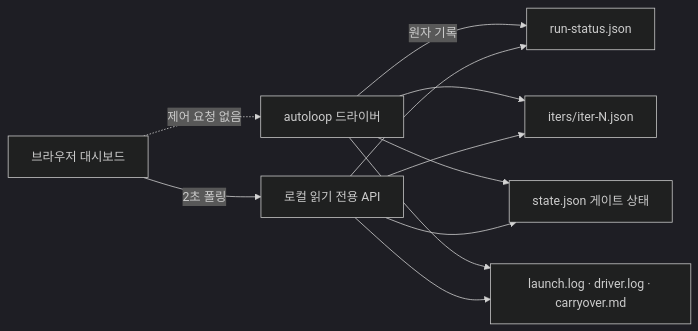
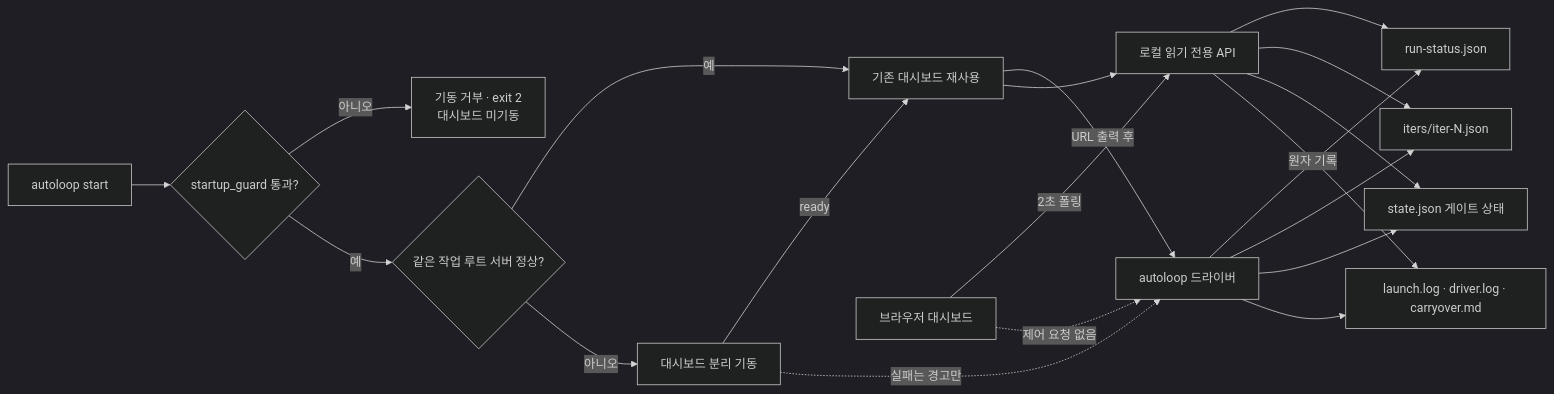
One commit to nohdol97/nohdol-harness changed the diagram in docs/specs/2026-08-19-autoloop-dashboard.md. Above: the diagram before and after it, drawn with Mermaid (dark theme). The commit also changed other lines of this file and 13 other files, not shown here.

First line of the commit message:
feat(harness): autoloop 대시보드 자동 기동

````diff
--- a/docs/specs/2026-08-19-autoloop-dashboard.md
+++ b/docs/specs/2026-08-19-autoloop-dashboard.md
@@ -43,13 +46,22 @@
 ```mermaid
 flowchart LR
-  DRIVER["autoloop 드라이버"] -->|"원자 기록"| RUN["run-status.json"]
+  START["autoloop start"] --> GUARD{"startup_guard 통과?"}
+  GUARD -->|"아니오"| REFUSED["기동 거부 · exit 2<br/>대시보드 미기동"]
+  GUARD -->|"예"| HEALTH{"같은 작업 루트 서버 정상?"}
+  HEALTH -->|"예"| DASH["기존 대시보드 재사용"]
+  HEALTH -->|"아니오"| SPAWN["대시보드 분리 기동"]
+  SPAWN -->|"ready"| DASH
+  DASH -->|"URL 출력 후"| DRIVER["autoloop 드라이버"]
+  SPAWN -.->|"실패는 경고만"| DRIVER
+  DRIVER -->|"원자 기록"| RUN["run-status.json"]
   DRIVER --> ITER["iters/iter-N.json"]
   DRIVER --> GATE["state.json 게이트 상태"]
   DRIVER --> TEXT["launch.log · driver.log · carryover.md"]
-  API["로컬 읽기 전용 API"] --> RUN
+  DASH --> API["로컬 읽기 전용 API"]
+  API --> RUN
   API --> ITER
   API --> GATE
   API --> TEXT
   UI["브라우저 대시보드"] -->|"2초 폴링"| API
   UI -.->|"제어 요청 없음"| DRIVER
 ```
````
